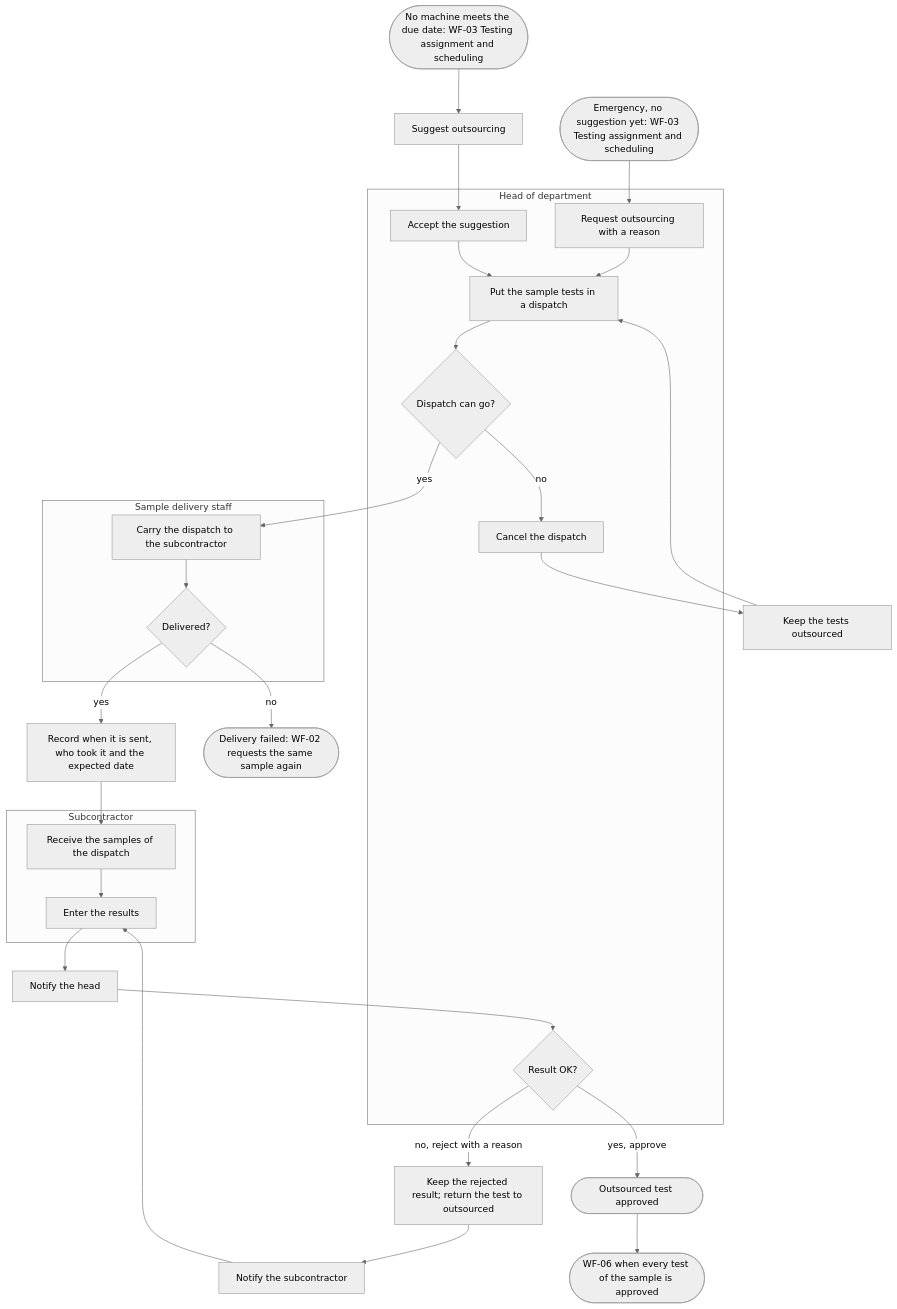
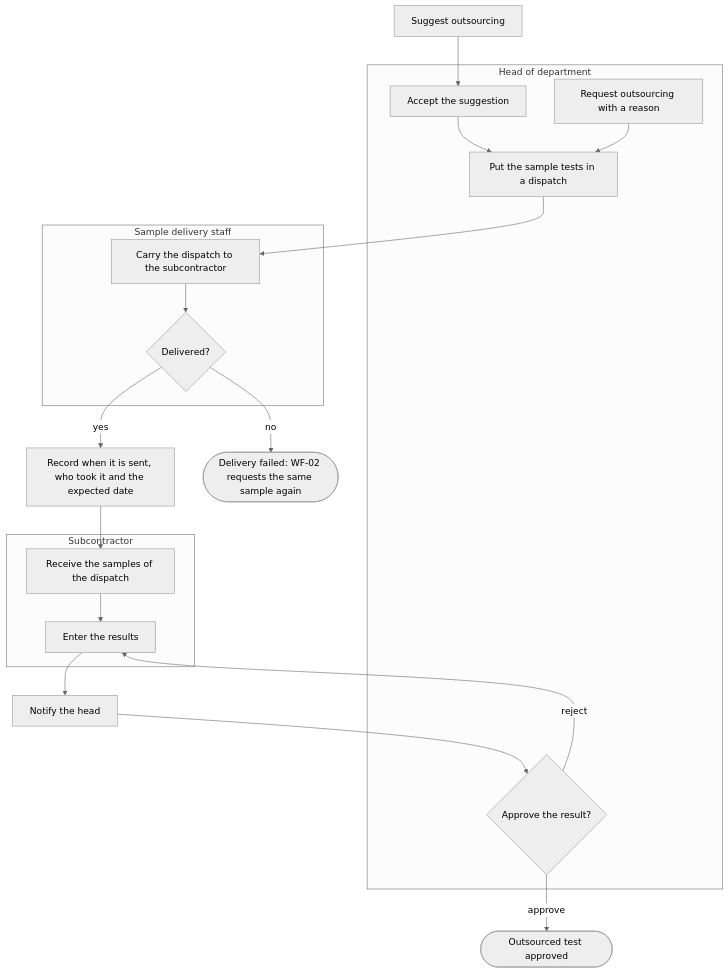
Before and after one commit to SoltuneMontepre/medilab: the fifth of 17 diagrams in docs/functional/business-flows.md, drawn with Mermaid (neutral theme). The commit also changed other lines of this file and 2 other files, not shown here.

Commit message:
[docs] Keep the WF-05 changes to what BM04 v1.1 changed

````diff
--- a/docs/functional/business-flows.md
+++ b/docs/functional/business-flows.md
@@ -240,28 +240,22 @@
 ```mermaid
 flowchart TD
-    start([No machine meets the due date: WF-03 Testing assignment and scheduling]) --> suggest[Suggest outsourcing]
-    start2([Emergency, no suggestion yet: WF-03 Testing assignment and scheduling]) --> h0
+    suggest[Suggest outsourcing]
     subgraph lane12 ["Head of department"]
         h1[Accept the suggestion] --> h2[Put the sample tests in a dispatch]
         h0[Request outsourcing with a reason] --> h2
-        go{Dispatch can go?}
-        cancel[Cancel the dispatch]
-        h4{Result OK?}
+        h4{Approve the result?}
     end
     subgraph lane13 ["Sample delivery staff"]
         d1[Carry the dispatch to the subcontractor] --> delivered{Delivered?}
     end
     subgraph lane14 ["Subcontractor"]
         s1[Receive the samples of the dispatch] --> s2[Enter the results]
     end
     suggest --> h1
-    h2 --> go
-    go -->|yes| d1
-    go -->|no| cancel --> keep[Keep the tests outsourced] --> h2
+    h2 --> d1
     delivered -->|yes| sent[Record when it is sent, who took it and the expected date] --> s1
     delivered -->|no| wf02([Delivery failed: WF-02 requests the same sample again])
     s2 --> notify[Notify the head] --> h4
-    h4 -->|no, reject with a reason| back[Keep the rejected result; return the test to outsourced] --> notify2[Notify the subcontractor] --> s2
-    h4 -->|yes, approve| done([Outsourced test approved])
-    done --> wf06([WF-06 when every test of the sample is approved])
+    h4 -->|reject| s2
+    h4 -->|approve| done([Outsourced test approved])
 ```
````
